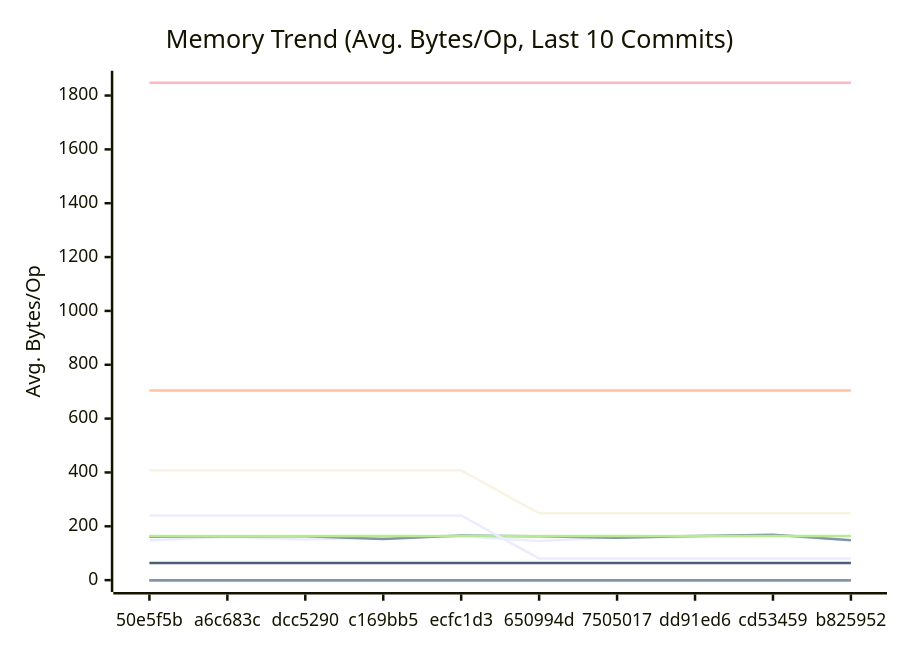
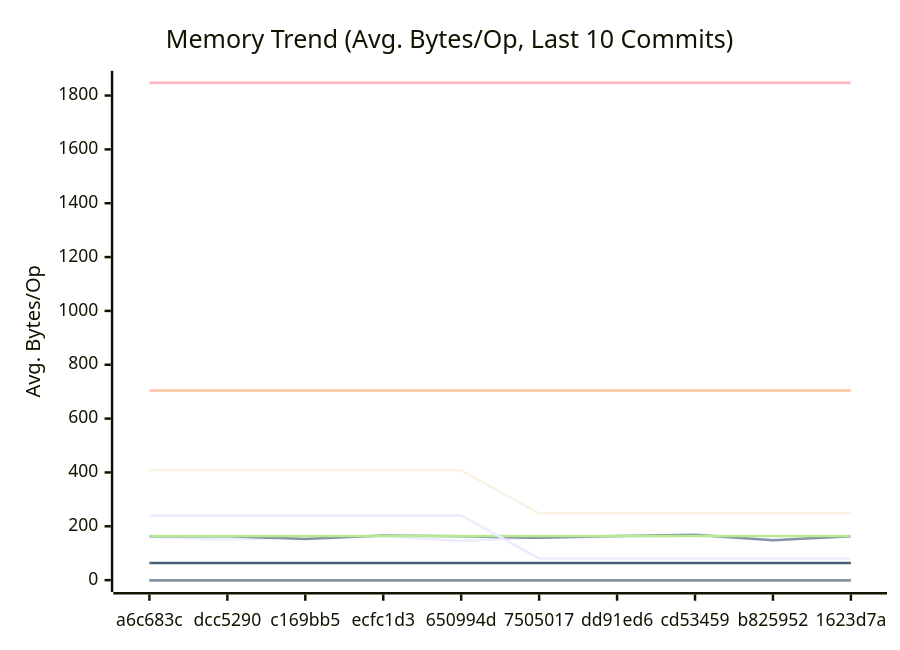
Before and after one commit to alsotoes/momo: the second of 3 diagrams in docs/PERFORMANCE.md, drawn with Mermaid. The commit also changed other lines of this file and 3 other files, not shown here.

````diff
--- a/docs/PERFORMANCE.md
+++ b/docs/PERFORMANCE.md
@@ -171,20 +171,20 @@
 ```mermaid
 xychart-beta
     title "Memory Trend (Avg. Bytes/Op, Last 10 Commits)"
     x-axis "Commit"
     y-axis "Avg. Bytes/Op"
-    x-axis [50e5f5b,a6c683c,dcc5290,c169bb5,ecfc1d3,650994d,7505017,dd91ed6,cd53459,b825952]
-    line "AWSChunkedReaderSigned" [148,160,151,158,163,145,159,160,165,149]
-    line "AWSChunkedReaderUnsigned" [161,163,163,153,166,163,157,164,169,148]
+    x-axis [a6c683c,dcc5290,c169bb5,ecfc1d3,650994d,7505017,dd91ed6,cd53459,b825952,1623d7a]
+    line "AWSChunkedReaderSigned" [160,151,158,163,145,159,160,165,149,163]
+    line "AWSChunkedReaderUnsigned" [163,163,153,166,163,157,164,169,148,163]
     line "CheckMetricsAndSwap" [0,0,0,0,0,0,0,0,0,0]
     line "CrushOptimized" [0,0,0,0,0,0,0,0,0,0]
     line "CrushOriginal" [164,164,164,164,164,164,164,164,164,164]
     line "IndexDirectTracking" [0,0,0,0,0,0,0,0,0,0]
     line "IndexSearch" [0,0,0,0,0,0,0,0,0,0]
     line "LoadGlobalConfig" [1848,1848,1848,1848,1848,1848,1848,1848,1848,1848]
     line "PadString" [64,64,64,64,64,64,64,64,64,64]
     line "ParseReplicationOrder_NoPrealloc" [408,408,408,408,408,248,248,248,248,248]
     line "ParseReplicationOrder_Prealloc" [240,240,240,240,240,80,80,80,80,80]
     line "SanitizeLog/Safe" [0,0,0,0,0,0,0,0,0,0]
     line "SanitizeLog/Unsafe" [704,704,704,704,704,704,704,704,704,704]
 ```
````
